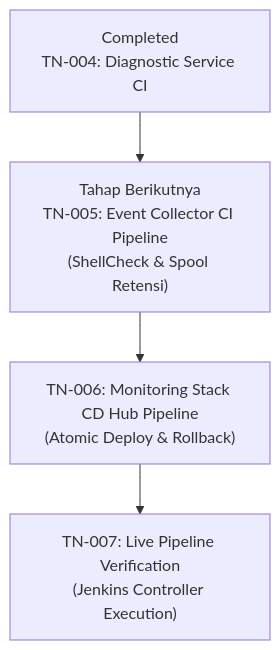
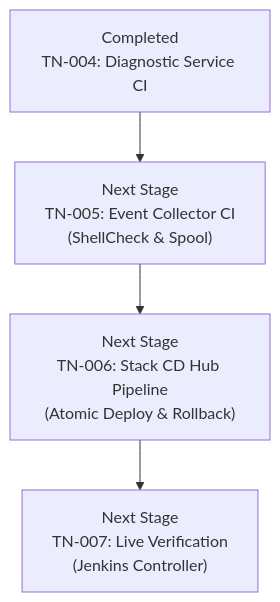
Before and after one commit to edkas07-oss/devops-handbook: the second of 2 diagrams in docs/projects/tomcat-monitoring/engineering-journal/continuous-integration-and-deployment/TN-004-implement-production-ready-ci-pipeline-for-diagnostic-service.md, drawn with Mermaid. The commit also changed other lines of this file and 5 other files, not shown here.

Commit message:
docs(journal): polish mermaid box labels, headings, and roadmap numbering in ci-cd journals

````diff
--- a/docs/projects/tomcat-monitoring/engineering-journal/continuous-integration-and-deployment/TN-004-implement-production-ready-ci-pipeline-for-diagnostic-service.md
+++ b/docs/projects/tomcat-monitoring/engineering-journal/continuous-integration-and-deployment/TN-004-implement-production-ready-ci-pipeline-for-diagnostic-service.md
@@ -270,6 +270,6 @@
 ```mermaid
 flowchart TD
-    A["Completed<br/>TN-004: Diagnostic Service CI"] --> B["Tahap Berikutnya<br/>TN-005: Event Collector CI Pipeline<br/>(ShellCheck & Spool Retensi)"]
-    B --> C["TN-006: Monitoring Stack CD Hub Pipeline<br/>(Atomic Deploy & Rollback)"]
-    C --> D["TN-007: Live Pipeline Verification<br/>(Jenkins Controller Execution)"]
+    A["Completed<br/>TN-004: Diagnostic Service CI"] --> B["Next Stage<br/>TN-005: Event Collector CI<br/>(ShellCheck & Spool)"]
+    B --> C["Next Stage<br/>TN-006: Stack CD Hub Pipeline<br/>(Atomic Deploy & Rollback)"]
+    C --> D["Next Stage<br/>TN-007: Live Verification<br/>(Jenkins Controller)"]
 ```
````
